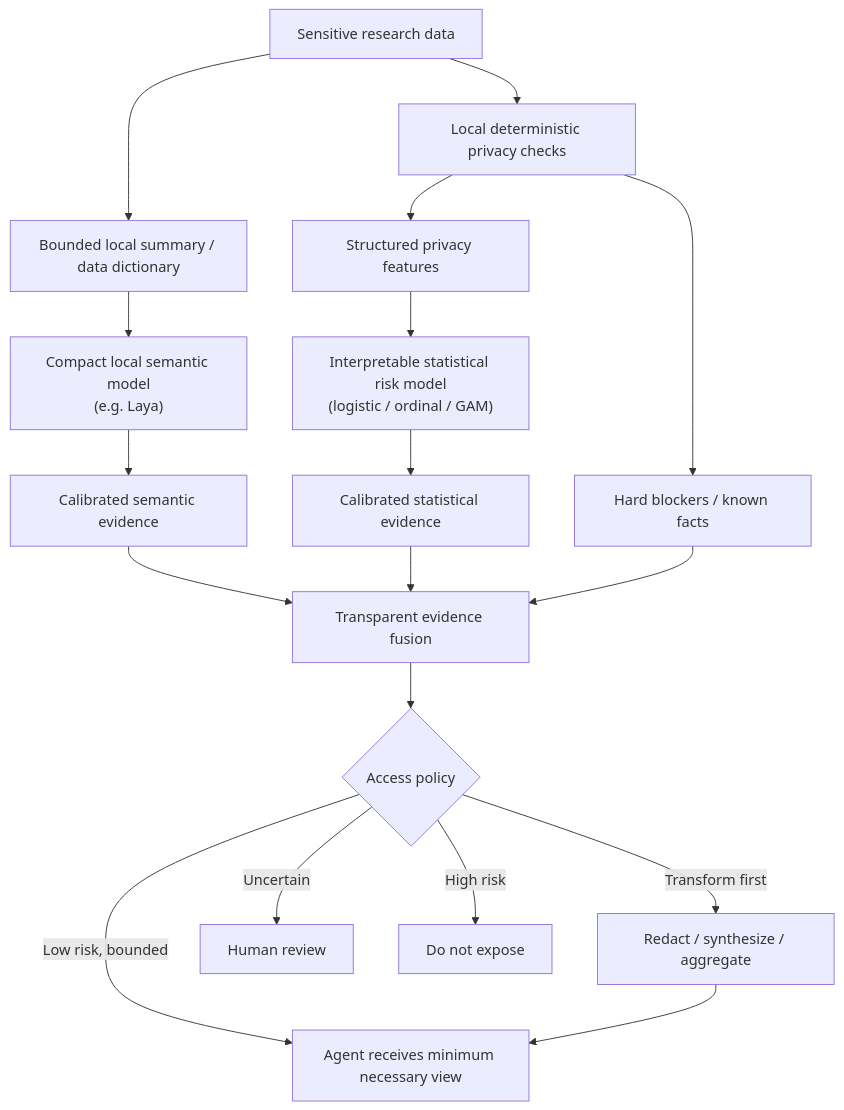
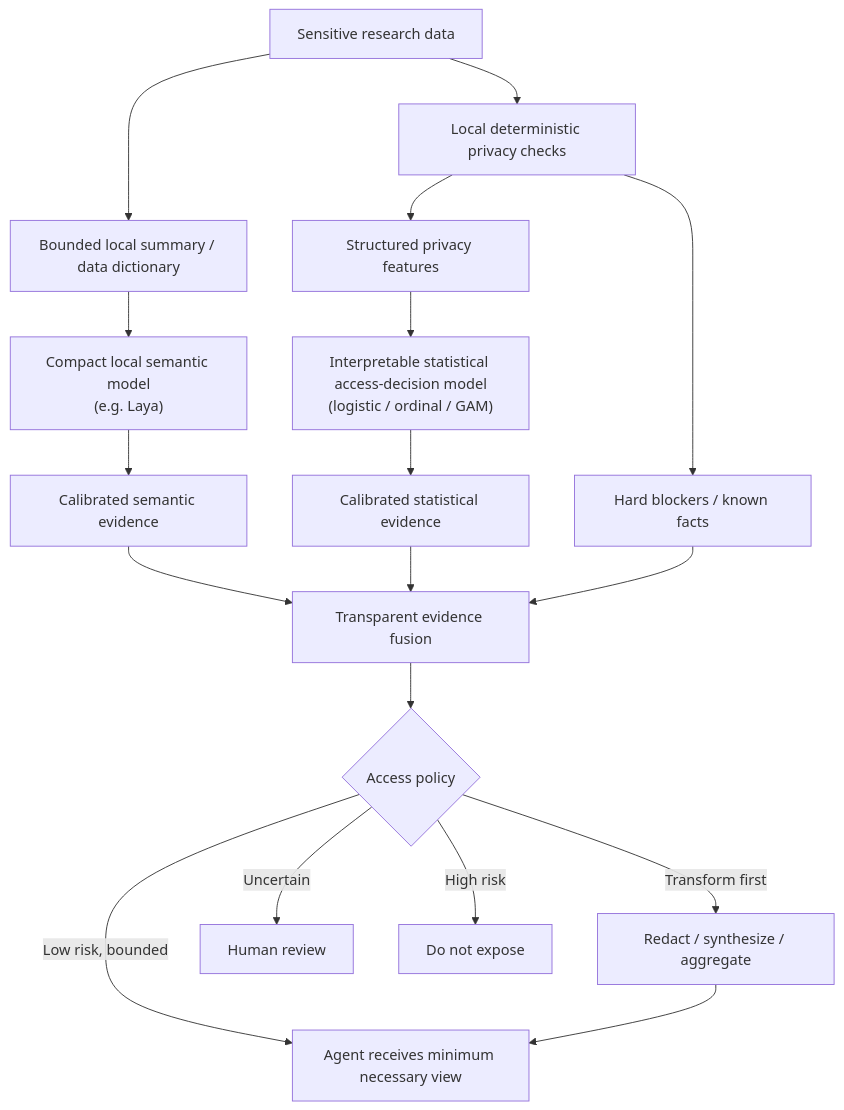
One commit to lennon-li/which changed the first of 6 diagrams in docs/grants/2026-09-dsi-anthropic-ai-privacy-firewall-proposal.md. Above: the diagram before and after it, drawn with Mermaid. The commit also changed other lines of this file, not shown here.

```diff
--- a/docs/grants/2026-09-dsi-anthropic-ai-privacy-firewall-proposal.md
+++ b/docs/grants/2026-09-dsi-anthropic-ai-privacy-firewall-proposal.md
@@ -92,20 +92,20 @@
 ~~~mermaid
 flowchart TB
     A["Sensitive research data"] --> B["Local deterministic privacy checks"]
     A --> C["Bounded local summary / data dictionary"]
     B --> D["Structured privacy features"]
     C --> E["Compact local semantic model<br/>(e.g. Laya)"]
-    D --> F["Interpretable statistical risk model<br/>(logistic / ordinal / GAM)"]
+    D --> F["Interpretable statistical access-decision model<br/>(logistic / ordinal / GAM)"]
     E --> G["Calibrated semantic evidence"]
     F --> H["Calibrated statistical evidence"]
     B --> I["Hard blockers / known facts"]
     G --> J["Transparent evidence fusion"]
     H --> J
     I --> J
     J --> K{"Access policy"}
     K -->|Low risk, bounded| L["Agent receives minimum necessary view"]
     K -->|Transform first| M["Redact / synthesize / aggregate"]
     K -->|Uncertain| N["Human review"]
     K -->|High risk| O["Do not expose"]
     M --> L
 ~~~
```
